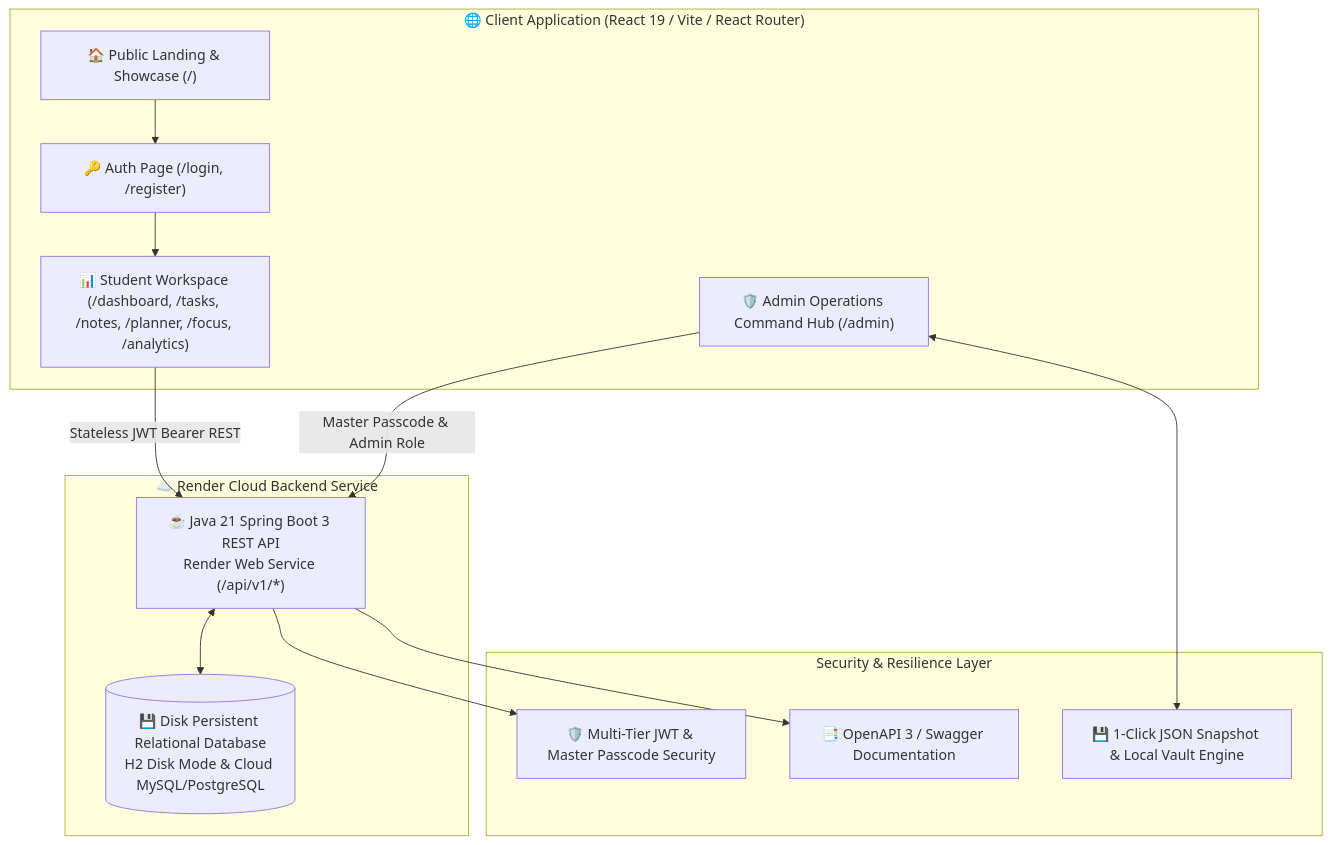
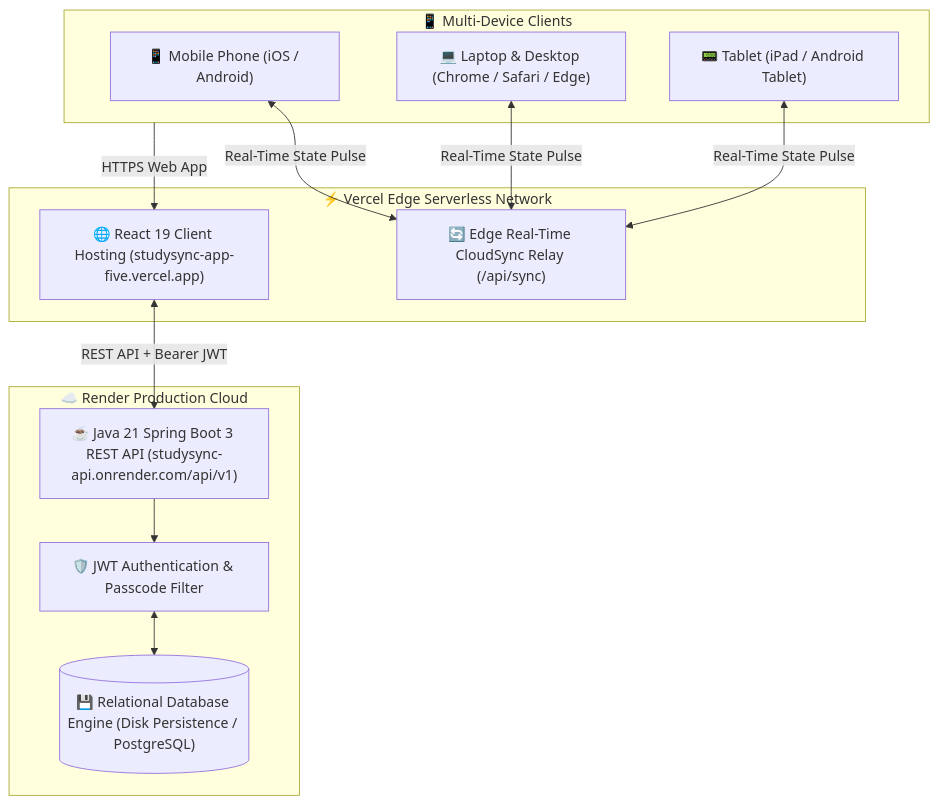
Before and after one commit to ravichavan9970/StudySync: the diagram in README.md, drawn with Mermaid. The commit also changed other lines of this file, not shown here.

Commit message:
docs: create modern comprehensive README with system architecture, feature showcase, and deployment guide

````diff
--- a/README.md
+++ b/README.md
@@ -20,29 +47,28 @@
 ```mermaid
 flowchart TD
-    subgraph Client Layer ["🌐 Client Application (React 19 / Vite / React Router)"]
-        PublicApp["🏠 Public Landing & Showcase (/)"]
-        AuthView["🔑 Auth Page (/login, /register)"]
-        Workspace["📊 Student Workspace (/dashboard, /tasks, /notes, /planner, /focus, /analytics)"]
-        AdminCommand["🛡️ Admin Operations Command Hub (/admin)"]
+    subgraph Clients ["📱 Multi-Device Clients"]
+        Mobile["📱 Mobile Phone (iOS / Android)"]
+        Laptop["💻 Laptop & Desktop (Chrome / Safari / Edge)"]
+        Tablet["📟 Tablet (iPad / Android Tablet)"]
     end
 
-    subgraph Primary Cloud Layer ["☁️ Render Cloud Backend Service"]
-        PrimaryAPI["☕ Java 21 Spring Boot 3 REST API<br>Render Web Service (/api/v1/*)"]
-        PrimaryDB[("💾 Disk Persistent Relational Database<br>H2 Disk Mode & Cloud MySQL/PostgreSQL")]
+    subgraph EdgeLayer ["⚡ Vercel Edge Serverless Network"]
+        VercelApp["🌐 React 19 Client Hosting (studysync-app-five.vercel.app)"]
+        EdgeSync["🔄 Edge Real-Time CloudSync Relay (/api/sync)"]
     end
 
-    subgraph Security & Resilience Layer
-        SecurityEngine["🛡️ Multi-Tier JWT & Master Passcode Security"]
-        DisasterRecovery["💾 1-Click JSON Snapshot & Local Vault Engine"]
-        SwaggerDocs["📑 OpenAPI 3 / Swagger Documentation"]
+    subgraph BackendLayer ["☁️ Render Production Cloud"]
+        SpringAPI["☕ Java 21 Spring Boot 3 REST API (studysync-api.onrender.com/api/v1)"]
+        Security["🛡️ JWT Authentication & Passcode Filter"]
+        PostgresDB[("💾 Relational Database Engine (Disk Persistence / PostgreSQL)")]
     end
 
-    PublicApp --> AuthView
-    AuthView --> Workspace
-    Workspace -->|Stateless JWT Bearer REST| PrimaryAPI
-    AdminCommand -->|Master Passcode & Admin Role| PrimaryAPI
-    PrimaryAPI <--> PrimaryDB
-    PrimaryAPI --> SecurityEngine
-    AdminCommand <--> DisasterRecovery
-    PrimaryAPI --> SwaggerDocs
+    Mobile <-->|Real-Time State Pulse| EdgeSync
+    Laptop <-->|Real-Time State Pulse| EdgeSync
+    Tablet <-->|Real-Time State Pulse| EdgeSync
+
+    Clients -->|HTTPS Web App| VercelApp
+    VercelApp <-->|REST API + Bearer JWT| SpringAPI
+    SpringAPI --> Security
+    Security <--> PostgresDB
 ```
````
